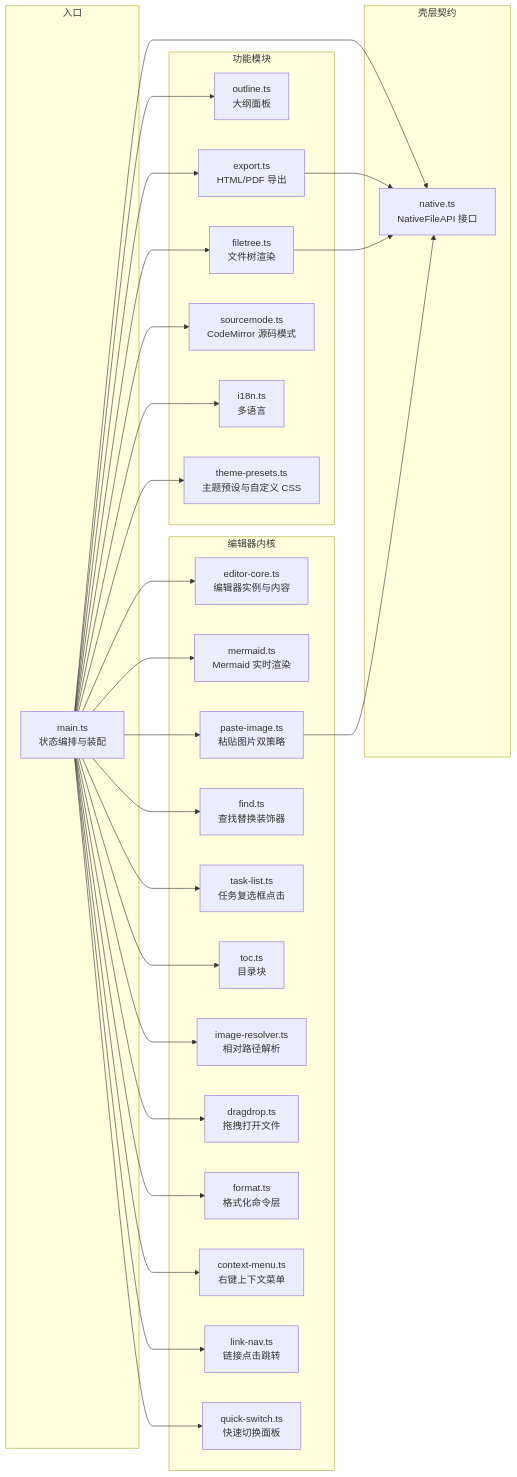
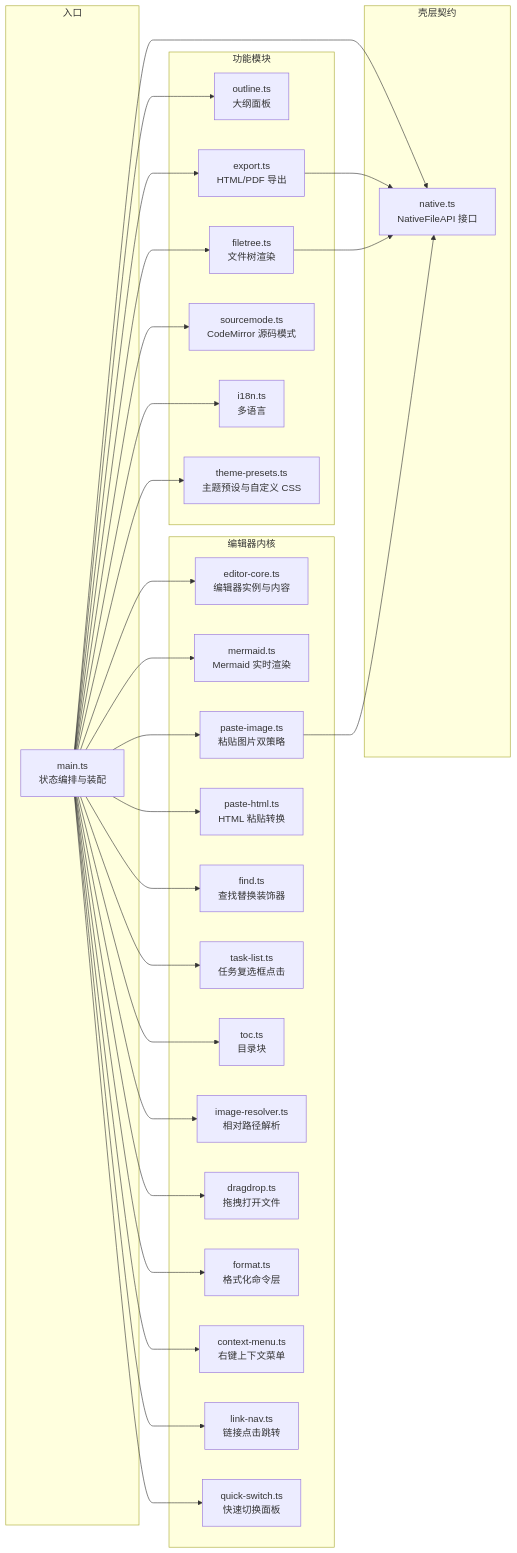
The third of 4 diagrams in docs/架构设计.md (ChiangyangNPU/for-mark), drawn with Mermaid before and after one commit. The commit also changed other lines of this file and 7 other files, not shown here.

````diff
--- a/docs/架构设计.md
+++ b/docs/架构设计.md
@@ -85,57 +85,59 @@
 ```mermaid
 flowchart LR
     subgraph 入口
         MAIN[main.ts<br/>状态编排与装配]
     end
 
     subgraph 编辑器内核
         EDITOR[editor-core.ts<br/>编辑器实例与内容]
         MERMAID[mermaid.ts<br/>Mermaid 实时渲染]
         PASTE[paste-image.ts<br/>粘贴图片双策略]
+        PASTEHTML[paste-html.ts<br/>HTML 粘贴转换]
         FIND[find.ts<br/>查找替换装饰器]
         TASK[task-list.ts<br/>任务复选框点击]
         TOC[toc.ts<br/>目录块]
         IMGRES[image-resolver.ts<br/>相对路径解析]
         DROP[dragdrop.ts<br/>拖拽打开文件]
         FMT[format.ts<br/>格式化命令层]
         CTXMENU[context-menu.ts<br/>右键上下文菜单]
         LINKNAV[link-nav.ts<br/>链接点击跳转]
         QS[quick-switch.ts<br/>快速切换面板]
     end
 
     subgraph 功能模块
         OUTLINE[outline.ts<br/>大纲面板]
         TREE[filetree.ts<br/>文件树渲染]
         EX[export.ts<br/>HTML/PDF 导出]
         SRC[sourcemode.ts<br/>CodeMirror 源码模式]
         I18N[i18n.ts<br/>多语言]
         THEMEPRESET[theme-presets.ts<br/>主题预设与自定义 CSS]
     end
 
     subgraph 壳层契约
         NATIVE[native.ts<br/>NativeFileAPI 接口]
     end
 
     MAIN --> EDITOR
     MAIN --> MERMAID
     MAIN --> PASTE
+    MAIN --> PASTEHTML
     MAIN --> FIND
     MAIN --> TASK
     MAIN --> TOC
     MAIN --> IMGRES
     MAIN --> DROP
     MAIN --> FMT
     MAIN --> CTXMENU
     MAIN --> LINKNAV
     MAIN --> QS
     MAIN --> OUTLINE
     MAIN --> TREE
     MAIN --> EX
     MAIN --> SRC
     MAIN --> I18N
     MAIN --> THEMEPRESET
     MAIN --> NATIVE
     EX --> NATIVE
     TREE --> NATIVE
     PASTE --> NATIVE
 ```
````
